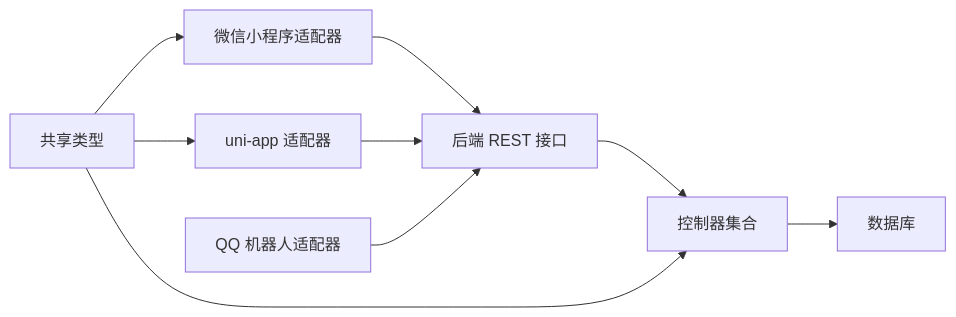
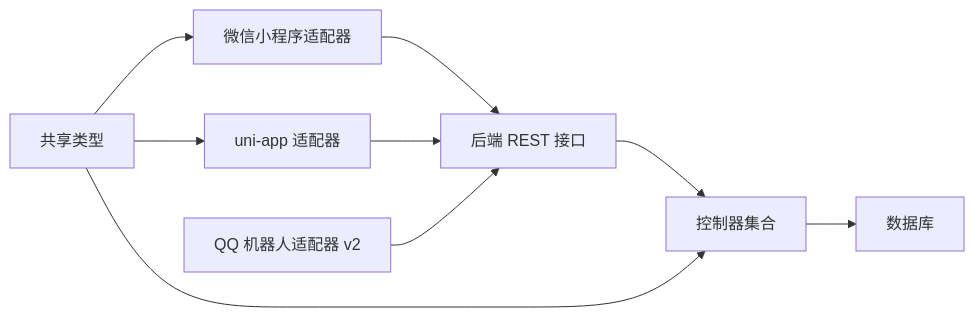
One commit to L1mingyoung/ex changed the seventh of 7 diagrams in .qoder/repowiki/zh/content/多平台适配器/多平台适配器.md. Above: the diagram before and after it, drawn with Mermaid. The commit also changed other lines of this file and 13 other files, not shown here.

````diff
--- a/.qoder/repowiki/zh/content/多平台适配器/多平台适配器.md
+++ b/.qoder/repowiki/zh/content/多平台适配器/多平台适配器.md
@@ -277,11 +287,11 @@
 ```mermaid
 graph LR
 MP["微信小程序适配器"] --> API["后端 REST 接口"]
 UNI["uni-app 适配器"] --> API
-QQ["QQ 机器人适配器"] --> API
+QQ["QQ 机器人适配器 v2"] --> API
 API --> CTRL["控制器集合"]
 CTRL --> DB["数据库"]
 T["共享类型"] --> MP
 T --> UNI
 T --> CTRL
 ```
````
